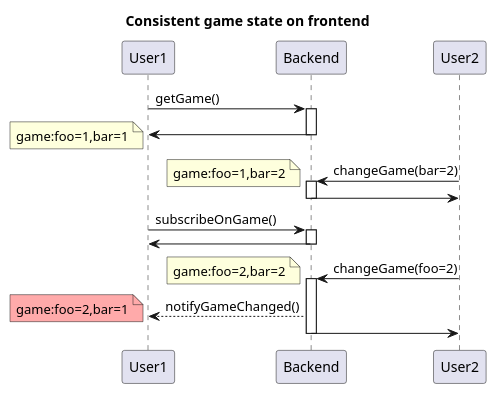
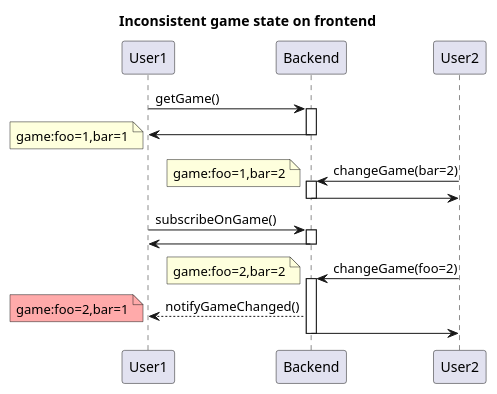
One commit to kirillvasilenko/cross-wars changed the diagram in design/consistent-game-state-fault.puml. Above: the diagram before and after it, drawn with PlantUML. The commit also changed 1 other file, not shown here.

```diff
--- a/design/consistent-game-state-fault.puml
+++ b/design/consistent-game-state-fault.puml
@@ -1,34 +1,34 @@
 @startuml
 
-title Consistent game state on frontend
+title Inconsistent game state on frontend
 
 User1 -> Backend: getGame()
 activate Backend
 Backend -> User1
 deactivate Backend
 note left: game:foo=1,bar=1
 
 User2 -> Backend: changeGame(bar=2)
 activate Backend
 note left: game:foo=1,bar=2
 Backend -> User2
 deactivate Backend
 
 
 User1 -> Backend: subscribeOnGame()
 activate Backend
 
 Backend -> User1
 deactivate Backend
 
 User2 -> Backend: changeGame(foo=2)
 activate Backend
 note left: game:foo=2,bar=2
 Backend --> User1: notifyGameChanged()
 note left #FFAAAA: game:foo=2,bar=1
 Backend -> User2
 deactivate Backend
 
 
 
 @enduml
```
